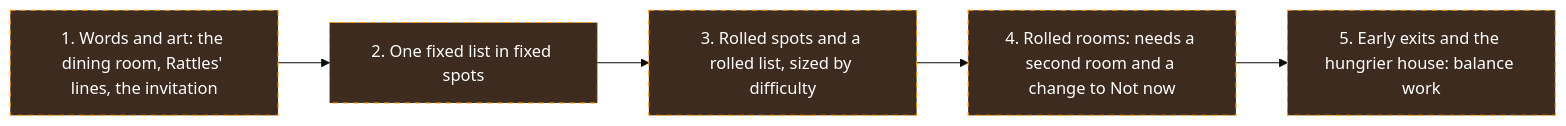
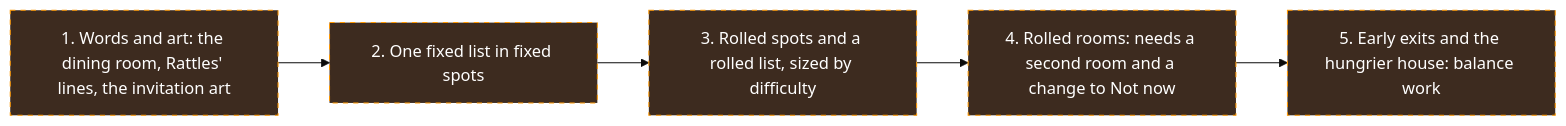
The sixth of 6 diagrams in FLOW.md (Tanner-Scadden/munch-manor), drawn with Mermaid (base theme) before and after one commit. The commit also changed other lines of this file and 2 other files, not shown here.

First line of the commit message:
docs: make the invitation art, not a splash screen

````diff
--- a/FLOW.md
+++ b/FLOW.md
@@ -174,9 +173,9 @@
 ```mermaid
 flowchart LR
-  words[1. Words and art: the dining room, Rattles' lines, the invitation]:::proposed --> fixed[2. One fixed list in fixed spots]:::proposed
+  words[1. Words and art: the dining room, Rattles' lines, the invitation art]:::proposed --> fixed[2. One fixed list in fixed spots]:::proposed
   fixed --> spots[3. Rolled spots and a rolled list, sized by difficulty]:::proposed
   spots --> rooms[4. Rolled rooms: needs a second room and a change to Not now]:::proposed
   rooms --> leave[5. Early exits and the hungrier house: balance work]:::proposed
 
   classDef proposed fill:#3d2b1f,stroke:#ff9800,color:#fff,stroke-dasharray: 5 5
 ```
````
